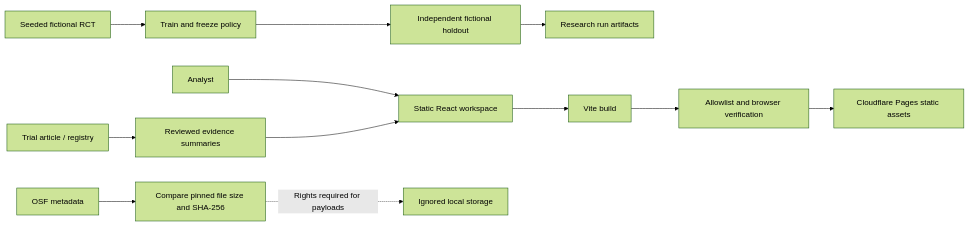
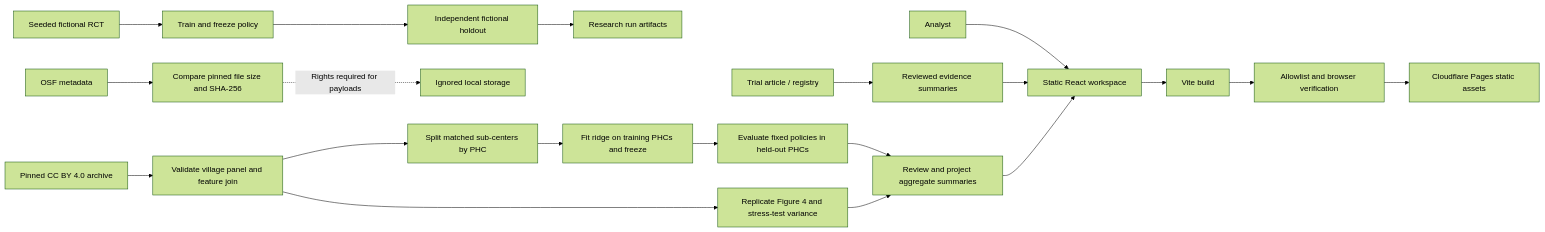
Before and after one commit to AbhinavVarma02/Patient-Outreach-Optimization: the first of 2 diagrams in docs/ARCHITECTURE.md, drawn with Mermaid (forest theme). The commit also changed other lines of this file and 47 other files, not shown here.

````diff
--- a/docs/ARCHITECTURE.md
+++ b/docs/ARCHITECTURE.md
@@ -3,14 +3,22 @@
 ```mermaid
 flowchart LR
   Analyst --> Workspace["Static React workspace"]
   Sources["Trial article / registry"] --> Reviewed["Reviewed evidence summaries"]
   Reviewed --> Workspace
   Fiction["Seeded fictional RCT"] --> Train["Train and freeze policy"]
   Train --> Eval["Independent fictional holdout"]
   Eval --> Reports["Research run artifacts"]
   OSF["OSF metadata"] --> Verify["Compare pinned file size and SHA-256"]
   Verify -. "Rights required for payloads" .-> Restricted["Ignored local storage"]
+  Haryana["Pinned CC BY 4.0 archive"] --> Contract["Validate village panel and feature join"]
+  Contract --> Figure["Replicate Figure 4 and stress-test variance"]
+  Contract --> Geo["Split matched sub-centers by PHC"]
+  Geo --> Frozen["Fit ridge on training PHCs and freeze"]
+  Frozen --> Score["Evaluate fixed policies in held-out PHCs"]
+  Score --> Aggregate["Review and project aggregate summaries"]
+  Figure --> Aggregate
+  Aggregate --> Workspace
   Workspace --> Build["Vite build"]
   Build --> Gate["Allowlist and browser verification"]
   Gate --> Pages["Cloudflare Pages static assets"]
 ```
````
